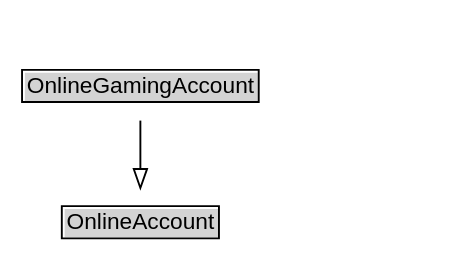
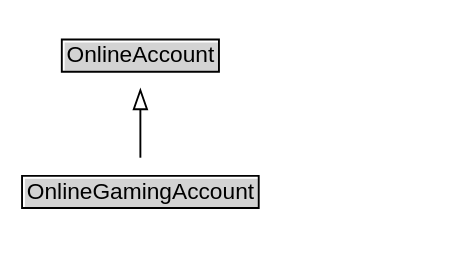
One commit to k-vaughn/ontology-import-foaf changed the diagram in docs/diagrams/OnlineGamingAccount.dot. Above: the diagram before and after it, drawn with Graphviz. The commit also changed 130 other files, not shown here.

```diff
--- a/docs/diagrams/OnlineGamingAccount.dot
+++ b/docs/diagrams/OnlineGamingAccount.dot
@@ -1,16 +1,19 @@
 // Diagram for OnlineGamingAccount
 digraph {
 	graph [overlap=false rankdir=TB splines=true]
 	node [fontname=Arial fontsize=12 margin=0 shape=none]
 	edge [fontname=Arial fontsize=11]
+	{
+		rank=source
+		OnlineAccount [label=<<TABLE BORDER="1" CELLBORDER="0" CELLSPACING="0" CELLPADDING="1"><TR><TD BGCOLOR="lightgray" ALIGN="CENTER">OnlineAccount</TD></TR></TABLE>> URL="../OnlineAccount" margin=0]
+	}
 	OnlineGamingAccount [label=<<TABLE BORDER="1" CELLBORDER="0" CELLSPACING="0" CELLPADDING="1"><TR><TD BGCOLOR="lightgray" ALIGN="CENTER">OnlineGamingAccount</TD></TR></TABLE>> URL="../OnlineGamingAccount" margin=0]
 	{
 		rank=max
 	}
 	subgraph cluster_associated {
 		label="" style=invis
 		Invis [label=<<TABLE BORDER="0" CELLBORDER="0" CELLSPACING="0" CELLPADDING="1"><TR><TD></TD></TR></TABLE>> margin=0 style=invis]
 	}
-	OnlineAccount [label=<<TABLE BORDER="1" CELLBORDER="0" CELLSPACING="0" CELLPADDING="1"><TR><TD BGCOLOR="lightgray" ALIGN="CENTER">OnlineAccount</TD></TR></TABLE>> URL="../OnlineAccount" margin=0]
 	OnlineGamingAccount -> OnlineAccount [arrowhead=onormal style=solid]
 }
```
